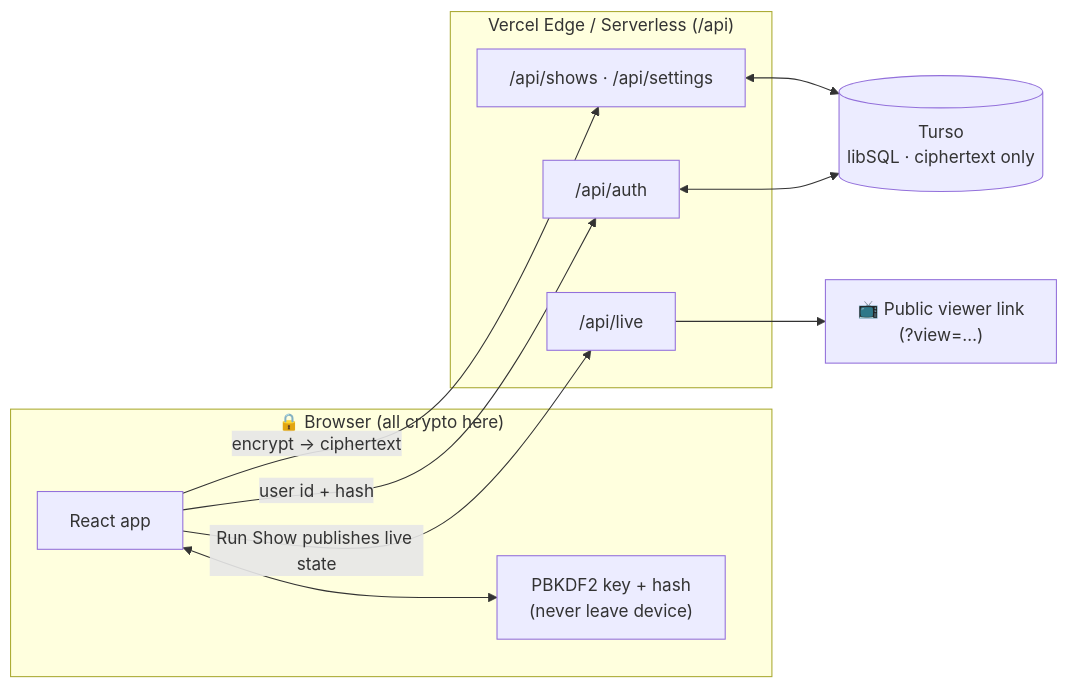
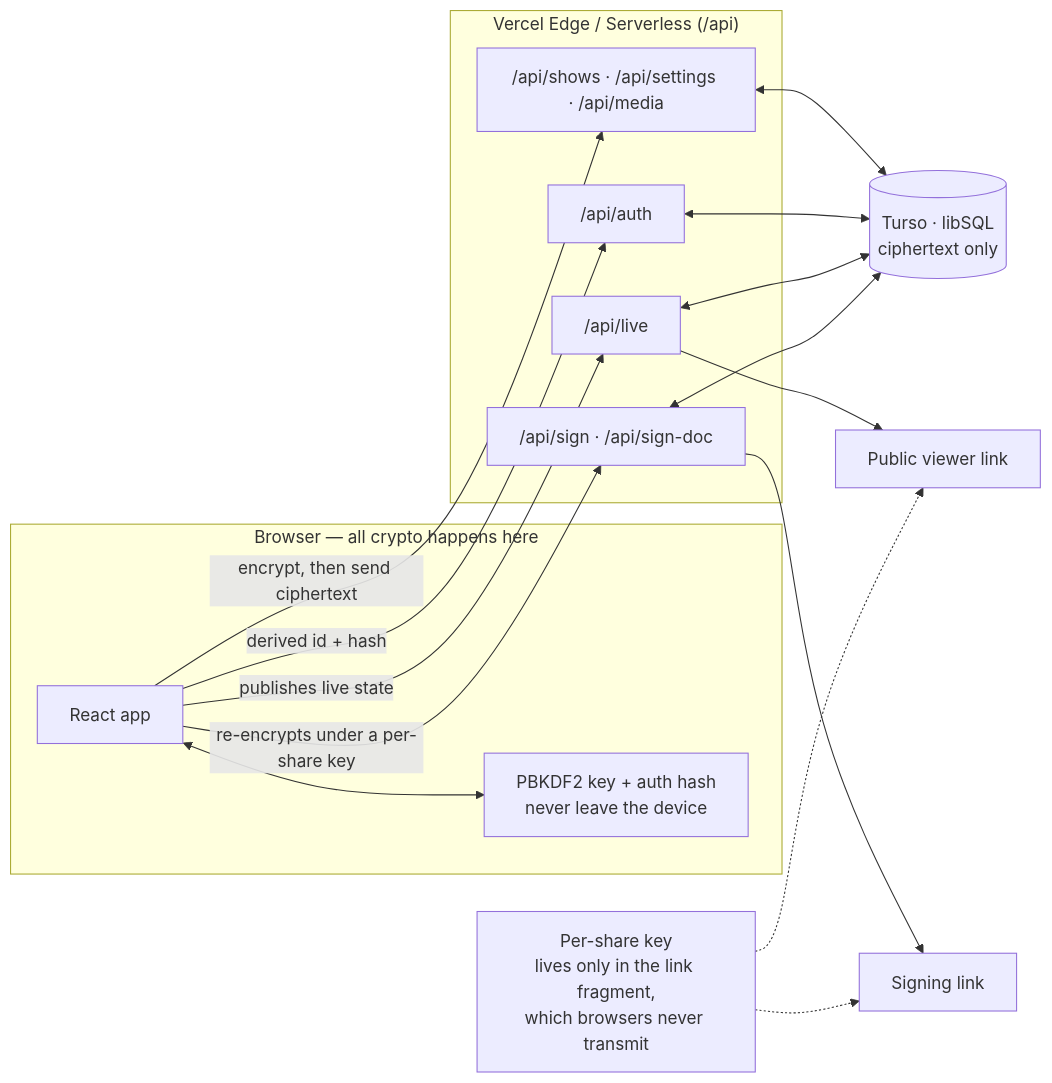
One commit to taylordrew4u2/Showrunner-ICanRunAShow changed the diagram in README.md. Above: the diagram before and after it, drawn with Mermaid. The commit also changed other lines of this file and 11 other files, not shown here.

````diff
--- a/README.md
+++ b/README.md
@@ -205,24 +231,33 @@
 ```mermaid
 flowchart LR
-    subgraph Browser["🔒 Browser (all crypto here)"]
+    subgraph Browser["Browser — all crypto happens here"]
         UI["React app"]
-        Key["PBKDF2 key + hash<br/>(never leave device)"]
+        Key["PBKDF2 key + auth hash<br/>never leave the device"]
         UI <--> Key
     end
 
     subgraph Edge["Vercel Edge / Serverless (/api)"]
         Auth["/api/auth"]
-        Data["/api/shows · /api/settings"]
+        Data["/api/shows · /api/settings · /api/media"]
         Live["/api/live"]
+        Share["/api/sign · /api/sign-doc"]
     end
 
-    DB[("Turso<br/>libSQL · ciphertext only")]
-    Viewer["📺 Public viewer link<br/>(?view=…)"]
+    DB[("Turso · libSQL<br/>ciphertext only")]
+    Viewer["Public viewer link"]
+    Signer["Signing link"]
+    ShareKey["Per-share key<br/>lives only in the link fragment,<br/>which browsers never transmit"]
 
-    UI -- "encrypt → ciphertext" --> Data
-    UI -- "user id + hash" --> Auth
+    UI -- "encrypt, then send ciphertext" --> Data
+    UI -- "derived id + hash" --> Auth
+    UI -- "publishes live state" --> Live
+    UI -- "re-encrypts under a per-share key" --> Share
     Data <--> DB
     Auth <--> DB
-    UI -- "Run Show publishes live state" --> Live
+    Live <--> DB
+    Share <--> DB
     Live --> Viewer
+    Share --> Signer
+    ShareKey -.-> Viewer
+    ShareKey -.-> Signer
 ```
````
